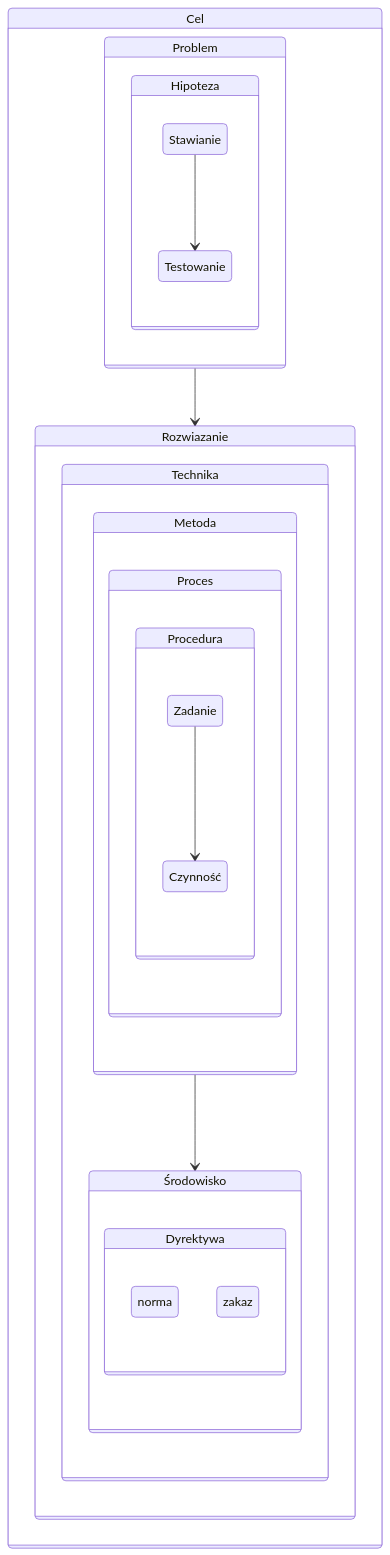
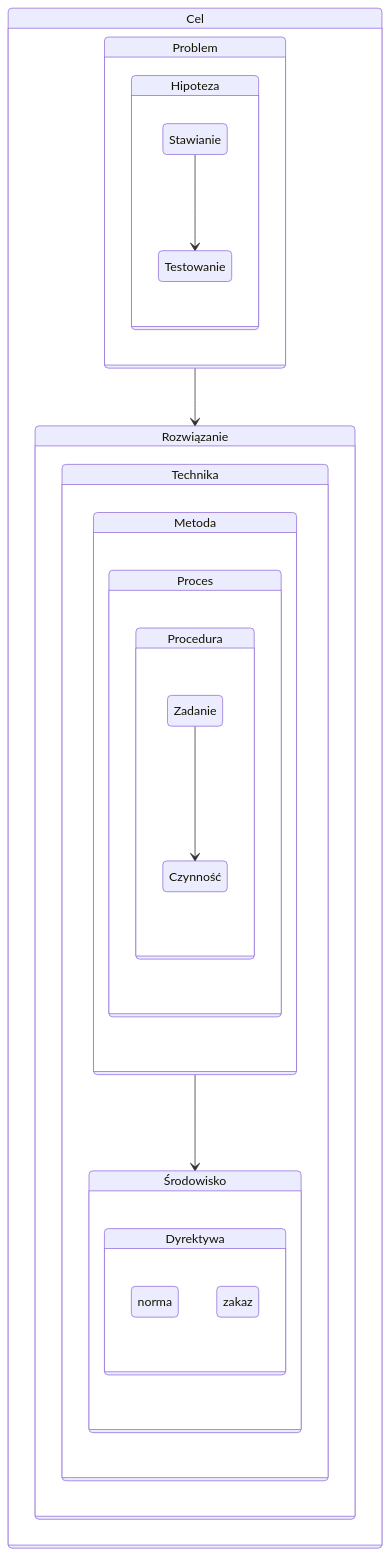
The seventh of 14 diagrams in README.md (hipermodularyzacja/prezentacja), drawn with Mermaid before and after one commit. The commit also changed other lines of this file, not shown here.

````diff
--- a/README.md
+++ b/README.md
@@ -502,34 +502,34 @@
 ```mermaid
 stateDiagram
      state Cel {        
-        Problem --> Rozwiazanie        
+        Problem --> Rozwiązanie        
     }
     state Hipoteza {        
         Stawianie --> Testowanie        
     }
     state Problem {        
         Hipoteza
-    }    
+    }
     state Technika {        
         Metoda --> Środowisko        
     }
     state Proces {
         Procedura        
     }
     state Dyrektywa {
         norma        
         zakaz
     }
     state Procedura {        
         Zadanie --> Czynność        
     }
     state Środowisko {
         Dyrektywa        
     }
-    state Rozwiazanie {        
+    state Rozwiązanie {        
         Technika
     }
     state Metoda {
         Proces
     }
 ```
````
